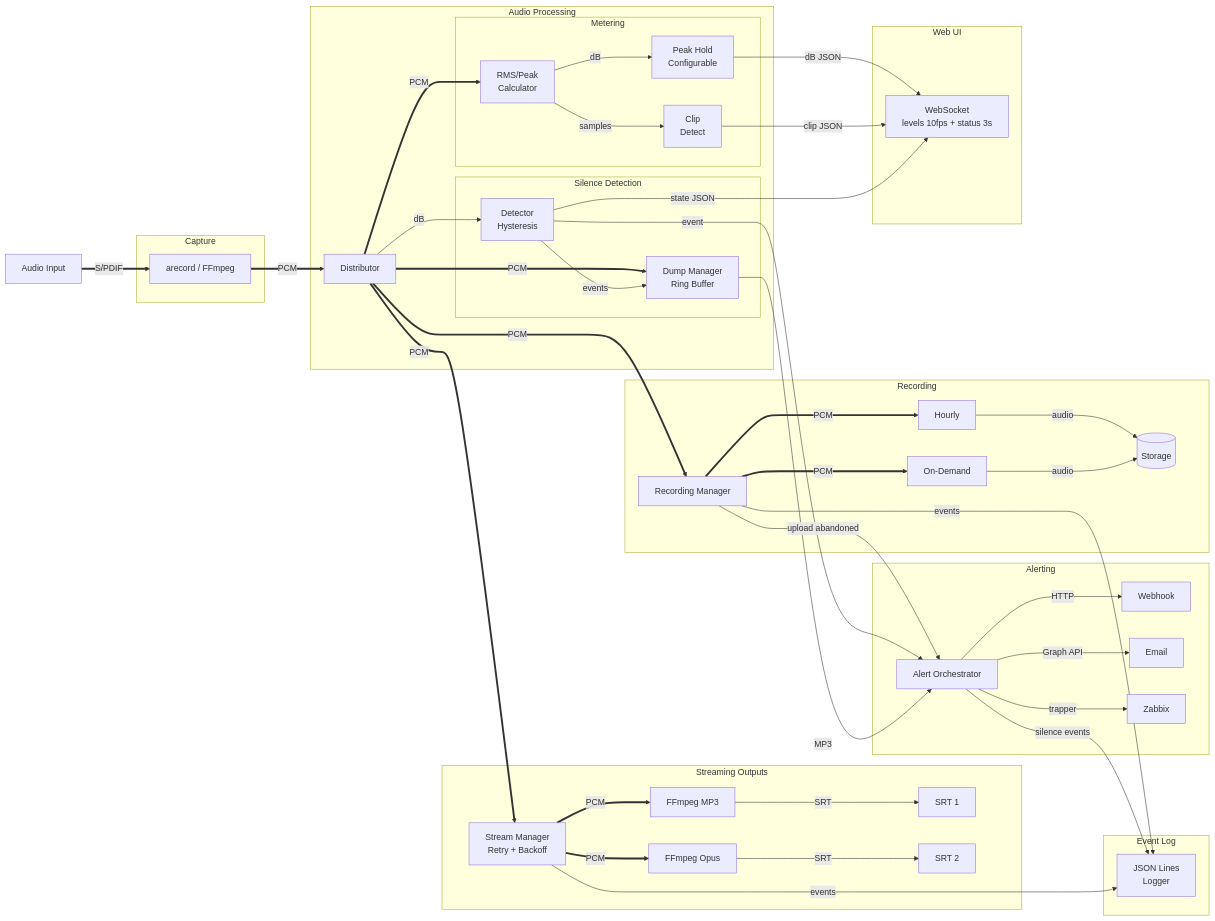
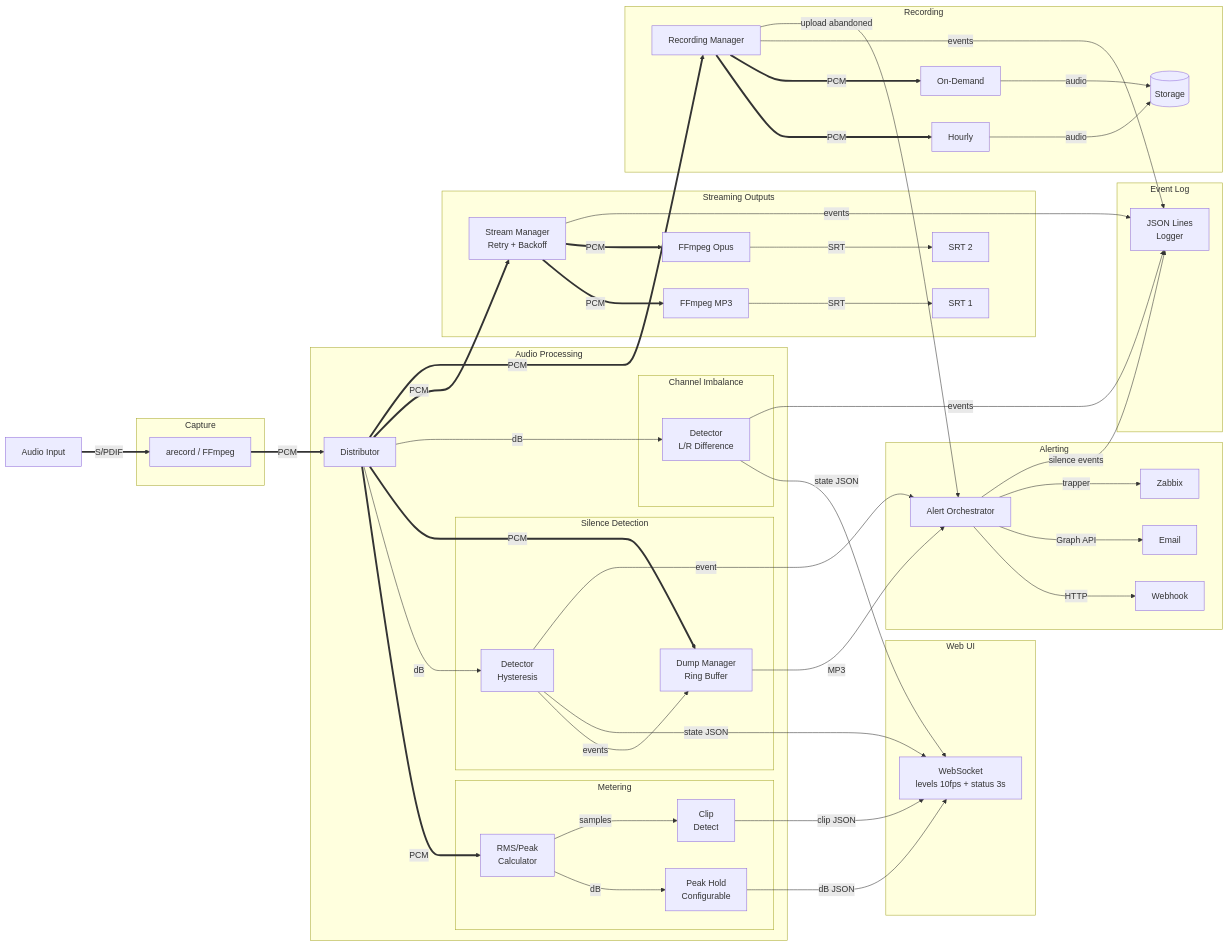
Before and after one commit to oszuidwest/zwfm-encoder: the diagram in README.md, drawn with Mermaid. The commit also changed other lines of this file and 24 other files, not shown here.

Commit message:
feat: channel imbalance detection (#125) (#311)

```diff
--- a/README.md
+++ b/README.md
@@ -237,6 +253,10 @@
         subgraph Silence["Silence Detection"]
             SD[Detector<br>Hysteresis]
             SDM[Dump Manager<br>Ring Buffer]
+        end
+
+        subgraph Imbalance["Channel Imbalance"]
+            ID[Detector<br>L/R Difference]
         end
     end
 
@@ -285,9 +305,14 @@
     SD -->|events| SDM
     SD -->|state JSON| WS
 
+    %% Channel imbalance branch
+    D -->|dB| ID
+    ID -->|state JSON| WS
+
     %% Alerting
     SD -->|event| SN
     SDM -->|MP3| SN
+    ID -->|events| EL
     SN -->|HTTP| N1
     SN -->|Graph API| N2
     SN -->|trapper| N4
```
